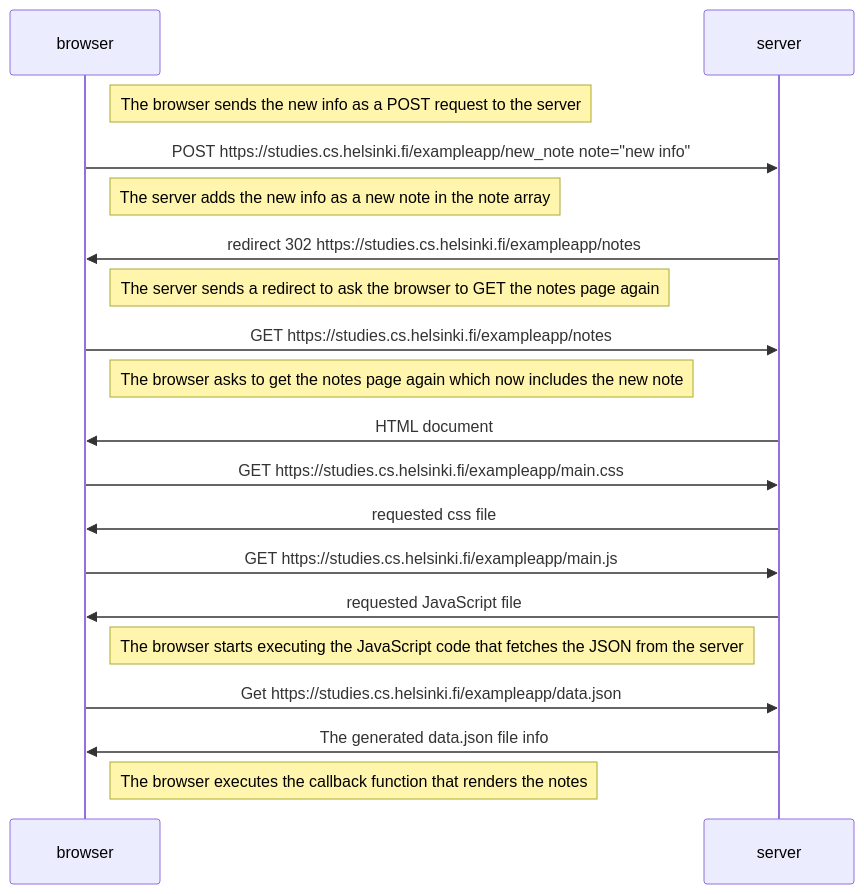
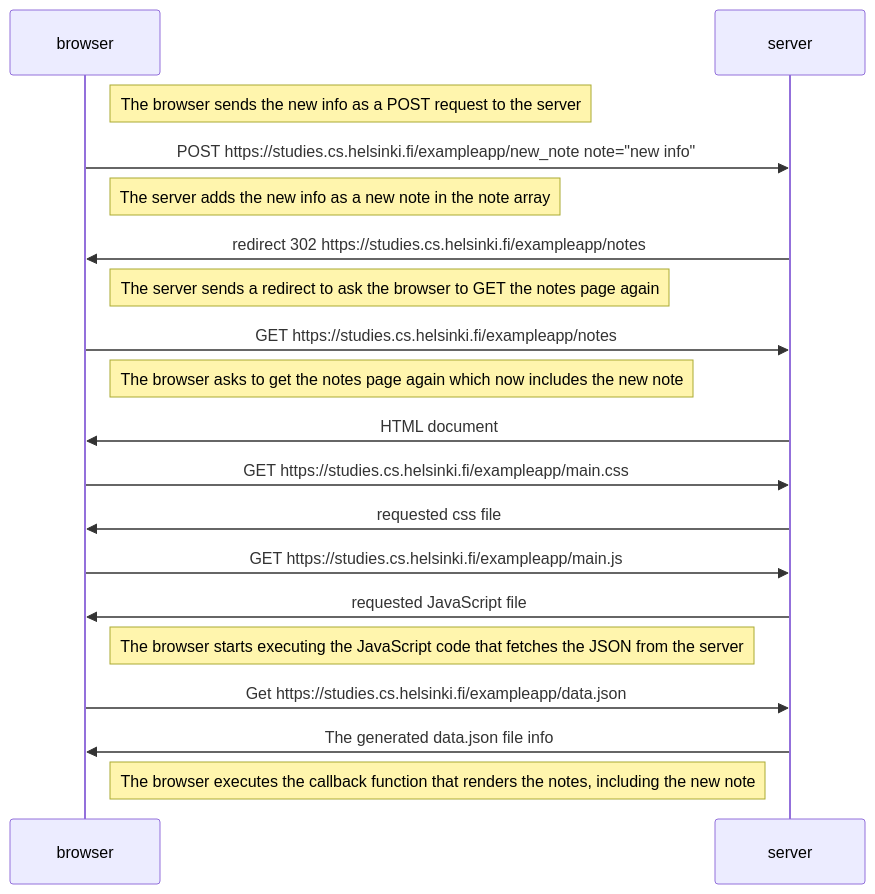
One commit to Welhox/FSO changed the diagram in part0/0.4.md. Above: the diagram before and after it, drawn with Mermaid.

````diff
--- a/part0/0.4.md
+++ b/part0/0.4.md
@@ -1,26 +1,26 @@
 ```mermaid
 sequenceDiagram
   participant browser
   participant server
 
   note right of browser: The browser sends the new info as a POST request to the server
   browser->>server: POST https://studies.cs.helsinki.fi/exampleapp/new_note note="new info"
   note right of browser: The server adds the new info as a new note in the note array
   server ->>browser: redirect 302 https://studies.cs.helsinki.fi/exampleapp/notes
   note right of browser: The server sends a redirect to ask the browser to GET the notes page again
 
   browser ->>server: GET https://studies.cs.helsinki.fi/exampleapp/notes
   note right of browser: The browser asks to get the notes page again which now includes the new note
   server ->>browser: HTML document
 
   browser ->>server: GET https://studies.cs.helsinki.fi/exampleapp/main.css
   server ->>browser: requested css file
 
   browser ->>server: GET https://studies.cs.helsinki.fi/exampleapp/main.js
   server ->>browser: requested JavaScript file
   Note right of browser: The browser starts executing the JavaScript code that fetches the JSON from the server
 
   browser ->>server: Get https://studies.cs.helsinki.fi/exampleapp/data.json
   server ->>browser: The generated data.json file info
-  Note right of browser: The browser executes the callback function that renders the notes
+  Note right of browser: The browser executes the callback function that renders the notes, including the new note
 ```
````
